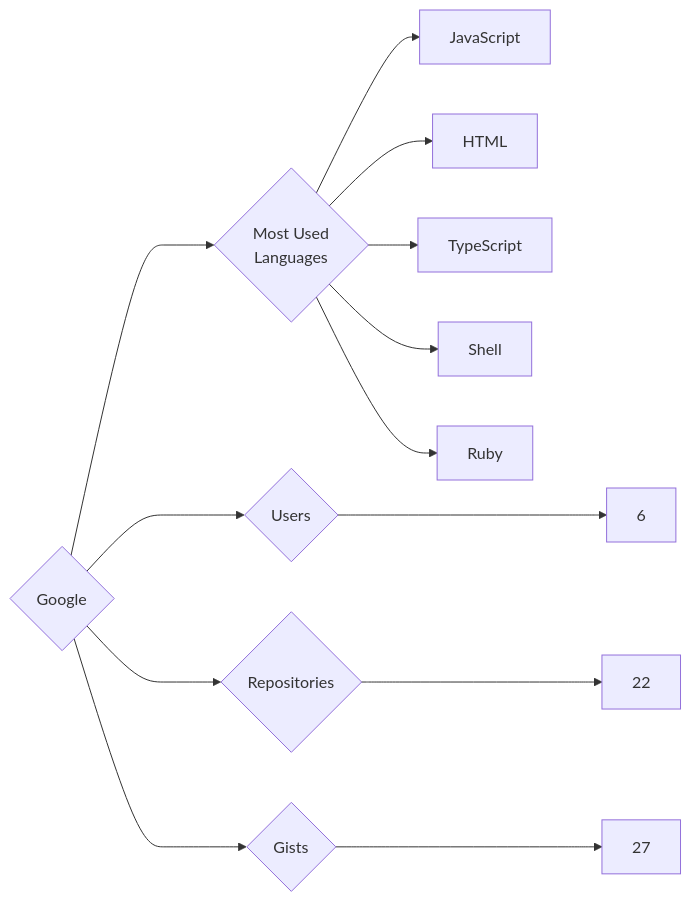
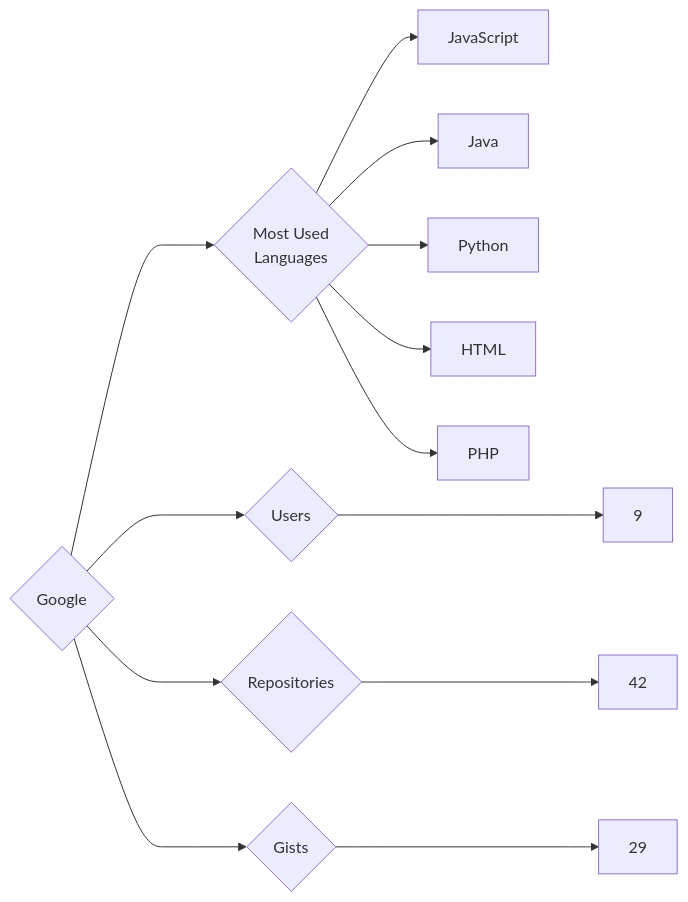
The diagram in targets/Google/README.md (trickest/insiders), drawn with Mermaid before and after one commit. The commit also changed 1055 other files, not shown here.

````diff
--- a/targets/Google/README.md
+++ b/targets/Google/README.md
@@ -3,13 +3,13 @@
 ```mermaid
 graph LR
 COMPANY_NAME{Google}
-COMPANY_NAME ---> U{Users} ---> UN[6]
-COMPANY_NAME ---> R{Repositories} ---> RN[22]
-COMPANY_NAME ---> G{Gists} ---> GN[27]
+COMPANY_NAME ---> U{Users} ---> UN[9]
+COMPANY_NAME ---> R{Repositories} ---> RN[42]
+COMPANY_NAME ---> G{Gists} ---> GN[29]
 COMPANY_NAME ---> ML{Most Used<br>Languages}
 ML --> JavaScript[JavaScript]
+ML --> Java[Java]
+ML --> Python[Python]
 ML --> HTML[HTML]
-ML --> TypeScript[TypeScript]
-ML --> Shell[Shell]
-ML --> Ruby[Ruby]
+ML --> PHP[PHP]
 ```
````
